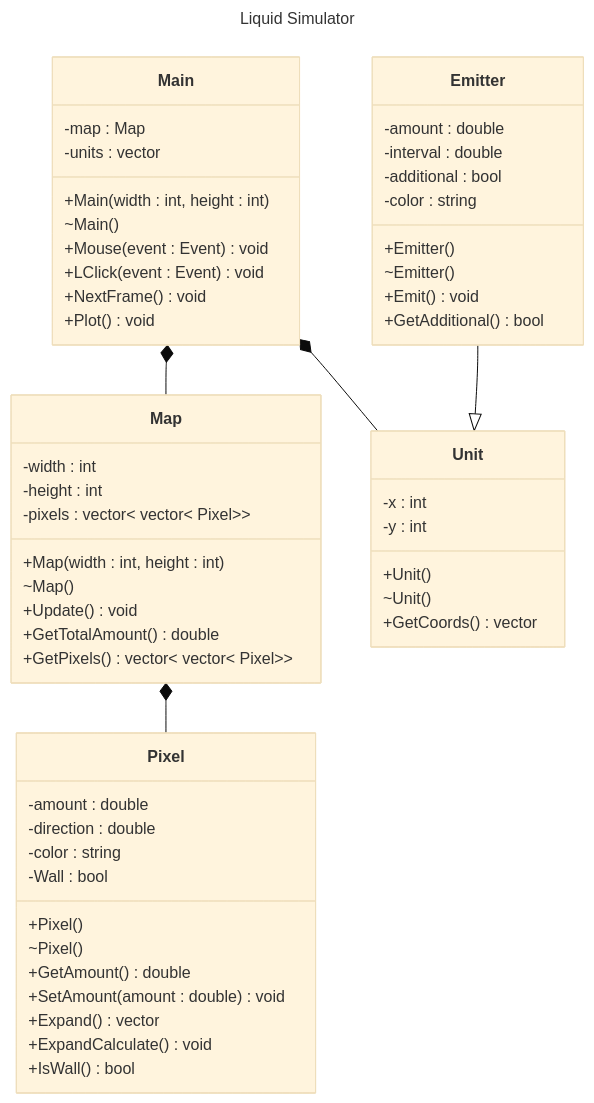
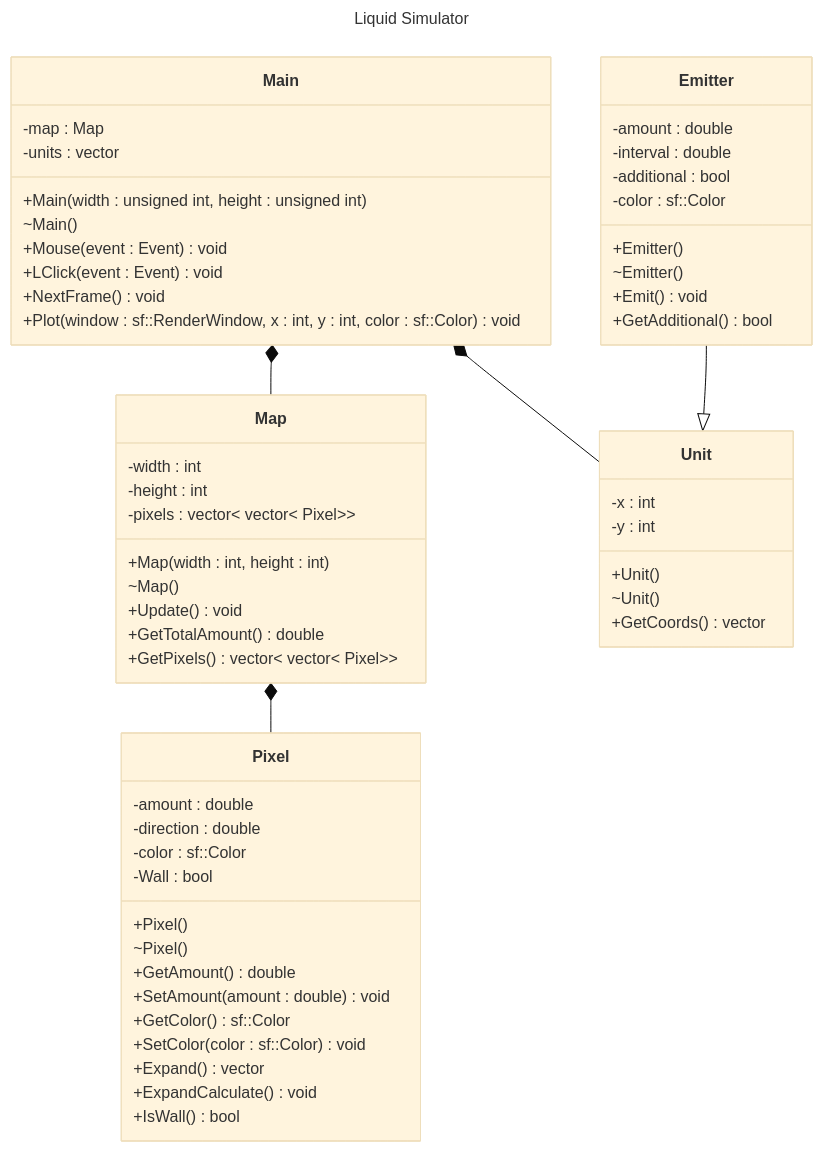
The diagram in README.md (LogicLoic/Liquid-Simulator), drawn with Mermaid (base theme) before and after one commit. The commit also changed 5 other files, not shown here.

````diff
--- a/README.md
+++ b/README.md
@@ -3,71 +3,73 @@
 ```mermaid
 ---
 title: Liquid Simulator
 ---
 classDiagram
     class Main{
         -map : Map
         -units : vector<Unit>
 
-        +Main(width : int, height : int)
+        +Main(width : unsigned int, height : unsigned int)
         ~Main()
         +Mouse(event : Event) void
         +LClick(event : Event) void
         +NextFrame() void
-        +Plot() void
+        +Plot(window : sf::RenderWindow, x : int, y : int, color : sf::Color) void
     }
 
     class Map{
         -width : int
         -height : int
         -pixels : vector< vector< Pixel>>
         
         +Map(width : int, height : int)
         ~Map()
         +Update() void
         +GetTotalAmount() double
         +GetPixels() vector< vector< Pixel>>
     }
 
     class Pixel{
         -amount : double
         -direction : double
-        -color : string
+        -color : sf::Color
         -Wall : bool
 
         +Pixel()
         ~Pixel()
         +GetAmount() double
         +SetAmount(amount : double) void
+        +GetColor() sf::Color
+        +SetColor(color : sf::Color) void
         +Expand() vector<double>
         +ExpandCalculate() void
         +IsWall() bool
     }
 
     class Unit{
         -x : int
         -y : int
 
         +Unit()
         ~Unit()
         +GetCoords() vector<int>
     }
 
     class Emitter{
         -amount : double
         -interval : double
         -additional : bool
-        -color : string
+        -color : sf::Color
 
         +Emitter()
         ~Emitter()
         +Emit() void
         +GetAdditional() bool
     }
 
     Main *-- Map
     Main *-- Unit
     Map *-- Pixel
     Emitter --|> Unit
 
 ```
````
